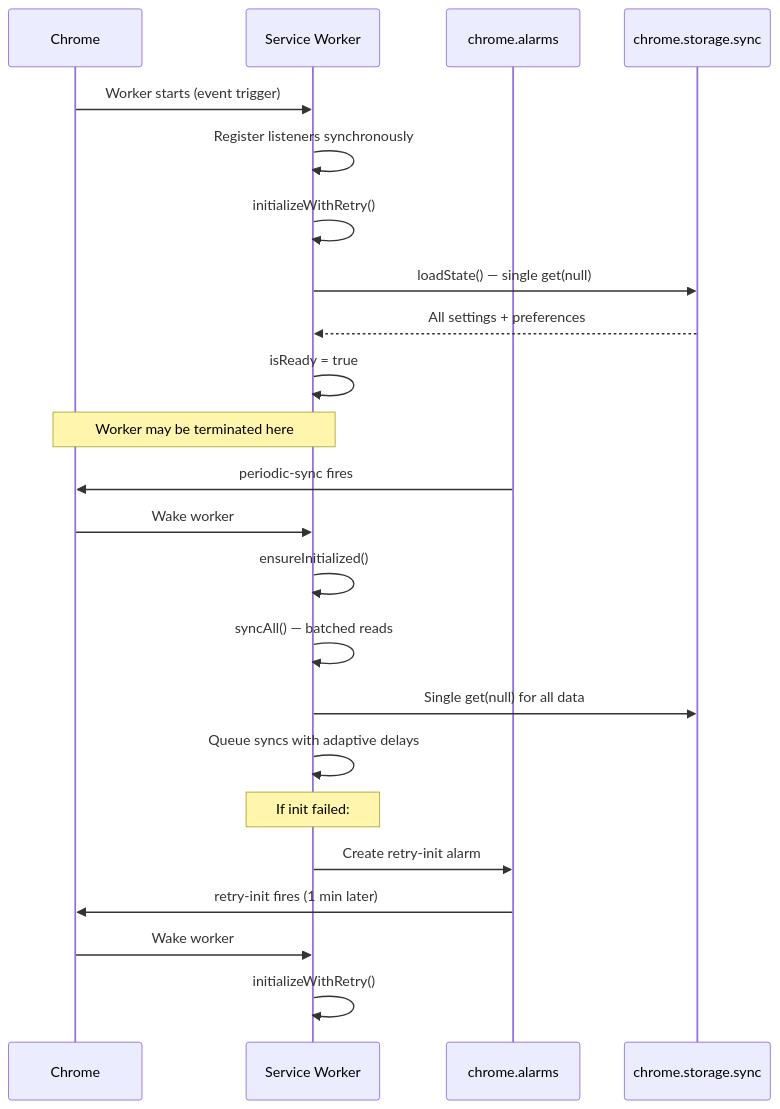
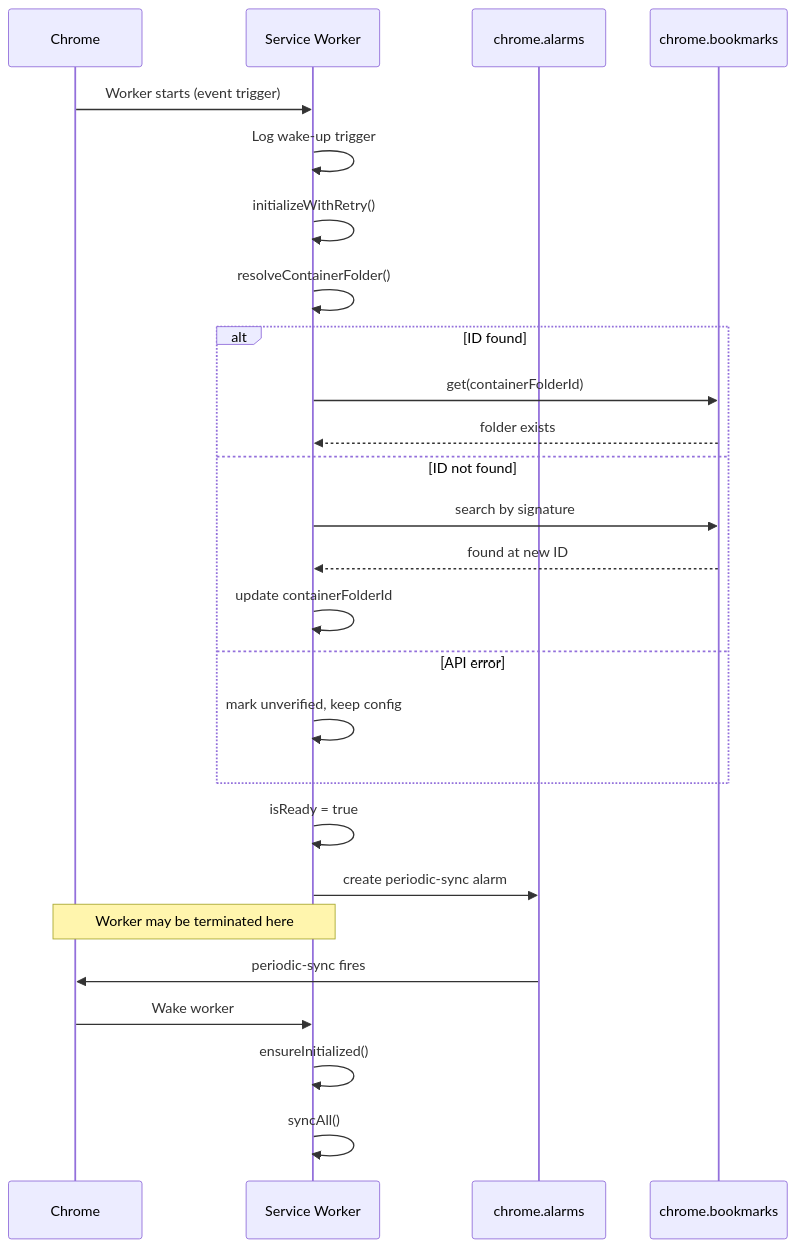
The second of 2 diagrams in .kiro/specs/sw-reliability/design.md (kundeng/tabgroupsync), drawn with Mermaid before and after one commit. The commit also changed other lines of this file and 3 other files, not shown here.

````diff
--- a/.kiro/specs/sw-reliability/design.md
+++ b/.kiro/specs/sw-reliability/design.md
@@ -216,29 +242,31 @@
 ```mermaid
 sequenceDiagram
     participant Chrome
     participant SW as Service Worker
     participant Alarm as chrome.alarms
-    participant Storage as chrome.storage.sync
+    participant BM as chrome.bookmarks
 
     Chrome->>SW: Worker starts (event trigger)
-    SW->>SW: Register listeners synchronously
+    SW->>SW: Log wake-up trigger
     SW->>SW: initializeWithRetry()
-    SW->>Storage: loadState() — single get(null)
-    Storage-->>SW: All settings + preferences
+    SW->>SW: resolveContainerFolder()
+    alt ID found
+        SW->>BM: get(containerFolderId)
+        BM-->>SW: folder exists
+    else ID not found
+        SW->>BM: search by signature
+        BM-->>SW: found at new ID
+        SW->>SW: update containerFolderId
+    else API error
+        SW->>SW: mark unverified, keep config
+    end
     SW->>SW: isReady = true
+    SW->>Alarm: create periodic-sync alarm
 
     Note over Chrome,SW: Worker may be terminated here
 
     Alarm->>Chrome: periodic-sync fires
     Chrome->>SW: Wake worker
     SW->>SW: ensureInitialized()
-    SW->>SW: syncAll() — batched reads
-    SW->>Storage: Single get(null) for all data
-    SW->>SW: Queue syncs with adaptive delays
-
-    Note over SW: If init failed:
-    SW->>Alarm: Create retry-init alarm
-    Alarm->>Chrome: retry-init fires (1 min later)
-    Chrome->>SW: Wake worker
-    SW->>SW: initializeWithRetry()
+    SW->>SW: syncAll()
 ```
````
